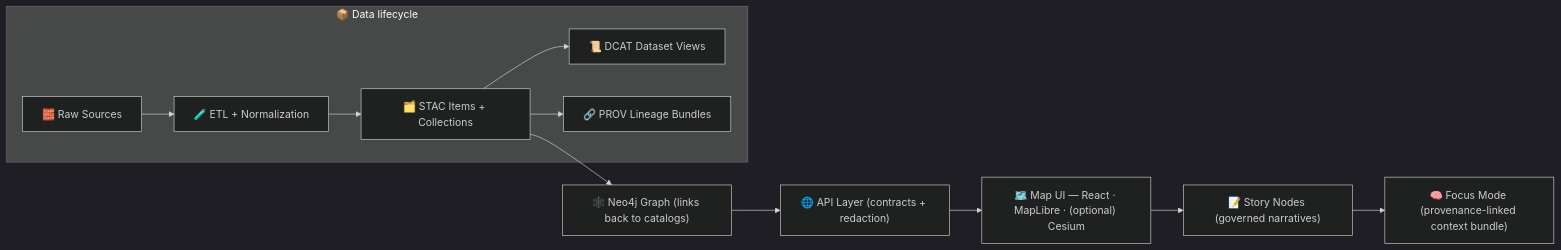
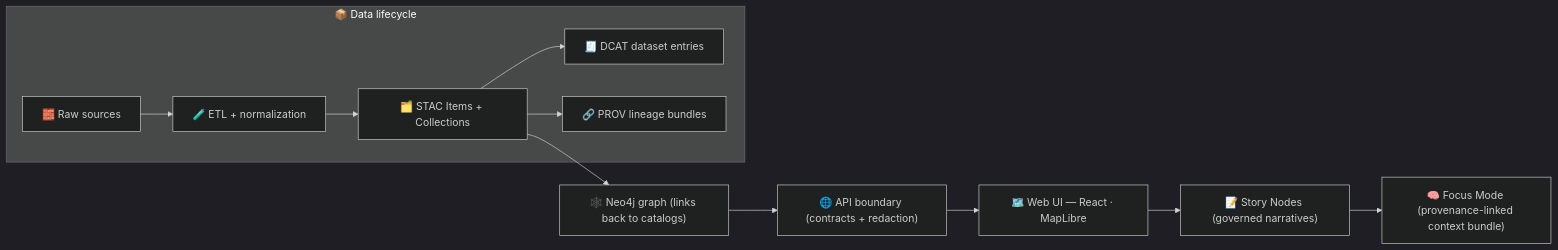
Before and after one commit to bartytime4life/Kansas-Frontier-Matrix: the diagram in README.md, drawn with Mermaid (dark theme). The commit also changed other lines of this file, not shown here.

````diff
--- a/README.md
+++ b/README.md
@@ -60,15 +75,15 @@
 ```mermaid
 flowchart LR
   subgraph Data["📦 Data lifecycle"]
-    A["🧱 Raw Sources"] --> B["🧪 ETL + Normalization"]
+    A["🧱 Raw sources"] --> B["🧪 ETL + normalization"]
     B --> C["🗂️ STAC Items + Collections"]
-    C --> D["📜 DCAT Dataset Views"]
-    C --> E["🔗 PROV Lineage Bundles"]
+    C --> D["🧾 DCAT dataset entries"]
+    C --> E["🔗 PROV lineage bundles"]
   end
 
-  C --> G["🕸️ Neo4j Graph (links back to catalogs)"]
-  G --> H["🌐 API Layer (contracts + redaction)"]
-  H --> I["🗺️ Map UI — React · MapLibre · (optional) Cesium"]
+  C --> G["🕸️ Neo4j graph (links back to catalogs)"]
+  G --> H["🌐 API boundary (contracts + redaction)"]
+  H --> I["🗺️ Web UI — React · MapLibre"]
   I --> J["📝 Story Nodes (governed narratives)"]
   J --> K["🧠 Focus Mode (provenance-linked context bundle)"]
 ```
````
